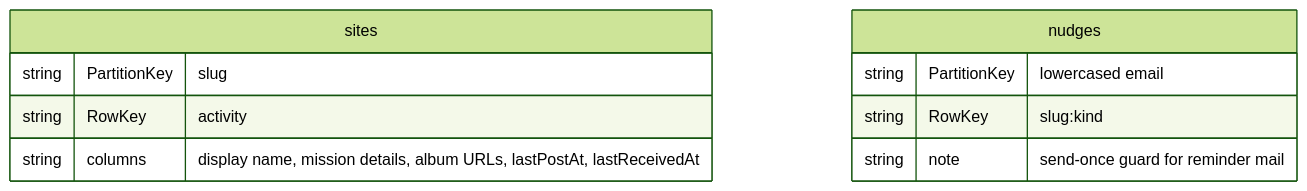
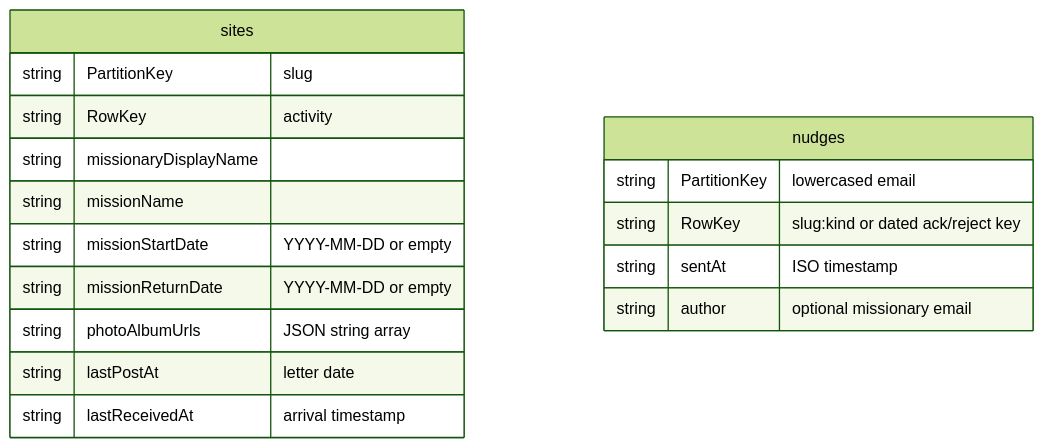
Diagram 11 of 18 in docs/architecture.md (kurtzeborn/mission-journal), drawn with Mermaid (forest theme) before and after one commit. The commit also changed other lines of this file, not shown here.

First line of the commit message:
Clarify table architecture diagrams

````diff
--- a/docs/architecture.md
+++ b/docs/architecture.md
@@ -223,13 +284,20 @@
 ```mermaid
 erDiagram
     sites {
         string PartitionKey "slug"
         string RowKey "activity"
-        string columns "display name, mission details, album URLs, lastPostAt, lastReceivedAt"
+        string missionaryDisplayName
+        string missionName
+        string missionStartDate "YYYY-MM-DD or empty"
+        string missionReturnDate "YYYY-MM-DD or empty"
+        string photoAlbumUrls "JSON string array"
+        string lastPostAt "letter date"
+        string lastReceivedAt "arrival timestamp"
     }
     nudges {
         string PartitionKey "lowercased email"
-        string RowKey "slug:kind"
-        string note "send-once guard for reminder mail"
+        string RowKey "slug:kind or dated ack/reject key"
+        string sentAt "ISO timestamp"
+        string author "optional missionary email"
     }
 ```
````
